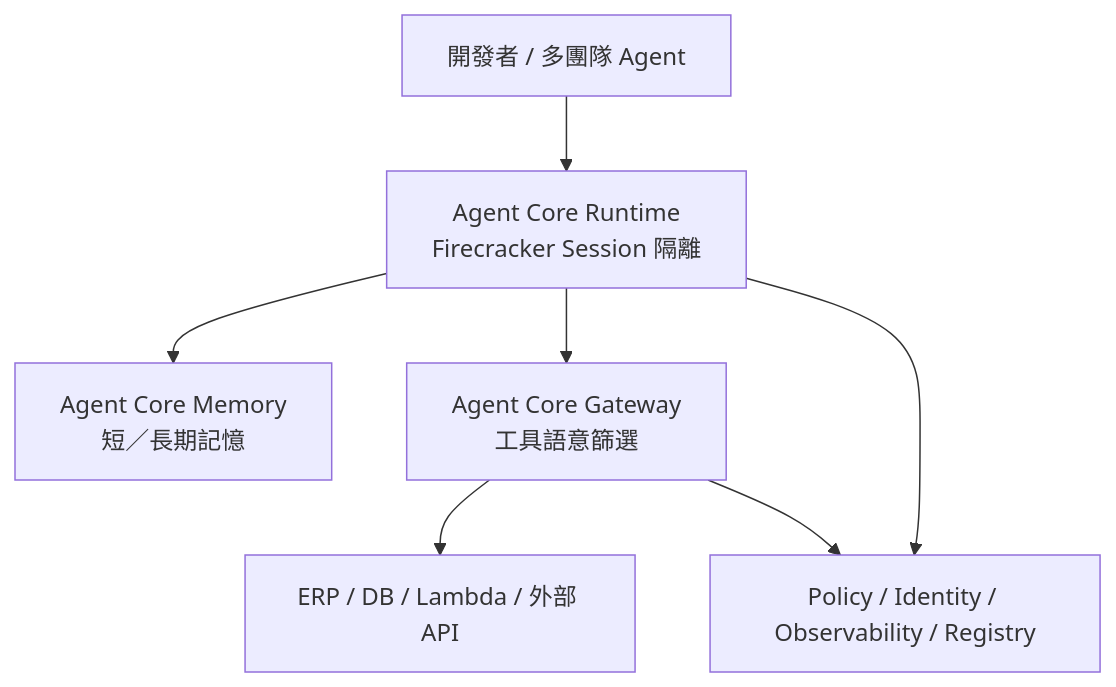
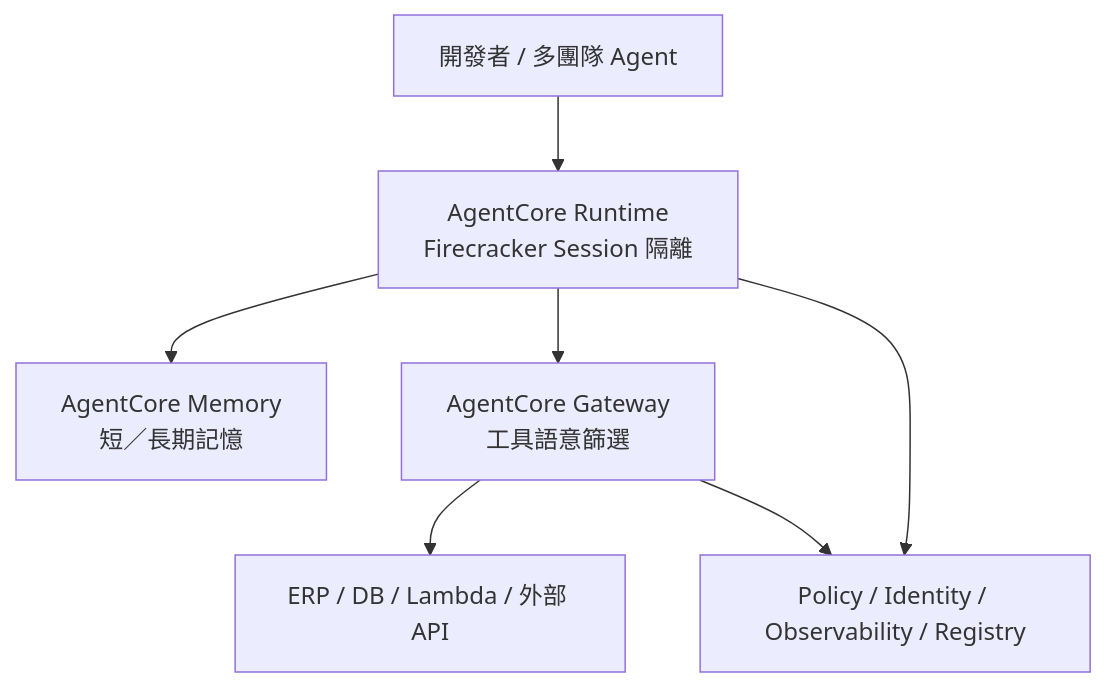
Before and after one commit to poirotw66/poirotw66.github.io: the first of 2 diagrams in src/content/blog/56-aws-hoyabit-bedrock-agentcore.md, drawn with Mermaid. The commit also changed other lines of this file and 20 other files, not shown here.

Commit message:
fix(blog): update article titles and descriptions for consistency, including corrections to references for AWS Bedrock AgentCore and eCloudvalley's governance solutions

````diff
--- a/src/content/blog/56-aws-hoyabit-bedrock-agentcore.md
+++ b/src/content/blog/56-aws-hoyabit-bedrock-agentcore.md
@@ -84,15 +84,15 @@
 ```mermaid
 flowchart TB
   Dev[開發者 / 多團隊 Agent]
-  Runtime[Agent Core Runtime<br/>Firecracker Session 隔離]
-  Memory[Agent Core Memory<br/>短／長期記憶]
-  Gateway[Agent Core Gateway<br/>工具語意篩選]
+  Runtime[AgentCore Runtime<br/>Firecracker Session 隔離]
+  Memory[AgentCore Memory<br/>短／長期記憶]
+  Gateway[AgentCore Gateway<br/>工具語意篩選]
   Gov[Policy / Identity / Observability / Registry]
   Ext[ERP / DB / Lambda / 外部 API]
 
   Dev --> Runtime
   Runtime --> Memory
   Runtime --> Gateway --> Ext
   Runtime --> Gov
   Gateway --> Gov
 ```
````
